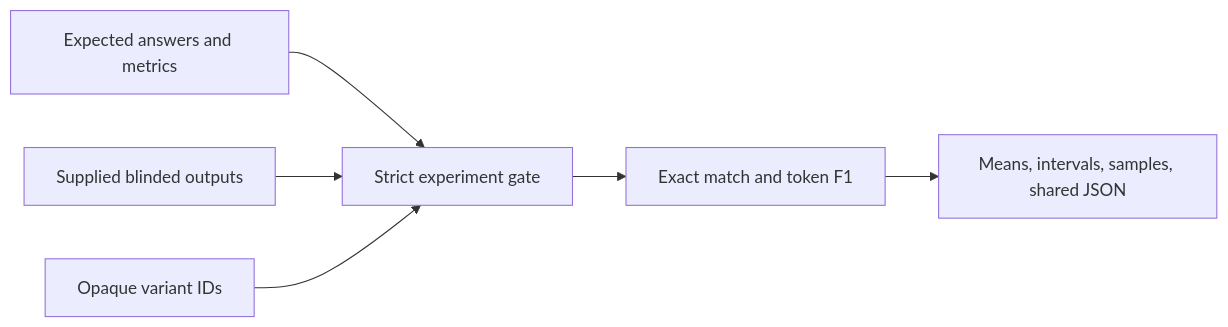
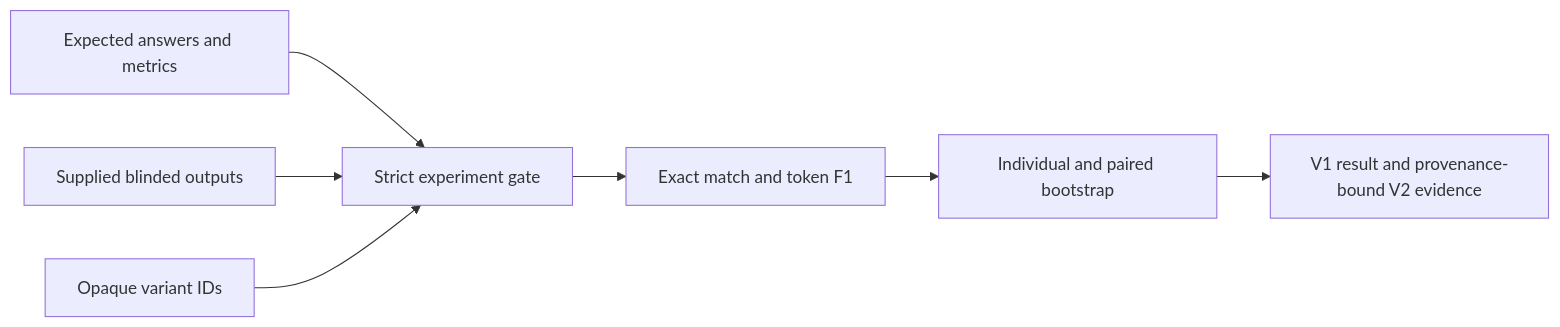
One commit to Brilhante29/prompt-ab-testing changed the diagram in README.md. Above: the diagram before and after it, drawn with Mermaid. The commit also changed other lines of this file and 26 other files, not shown here.

Commit message:
feat: publish paired prompt evaluation evidence

````diff
--- a/README.md
+++ b/README.md
@@ -23,8 +37,9 @@
 ```mermaid
 flowchart LR
   Cases["Expected answers and metrics"] --> Gate["Strict experiment gate"]
   Outputs["Supplied blinded outputs"] --> Gate
   IDs["Opaque variant IDs"] --> Gate
   Gate --> Eval["Exact match and token F1"]
-  Eval --> Result["Means, intervals, samples, shared JSON"]
+  Eval --> Bootstrap["Individual and paired bootstrap"]
+  Bootstrap --> Result["V1 result and provenance-bound V2 evidence"]
 ```
````
